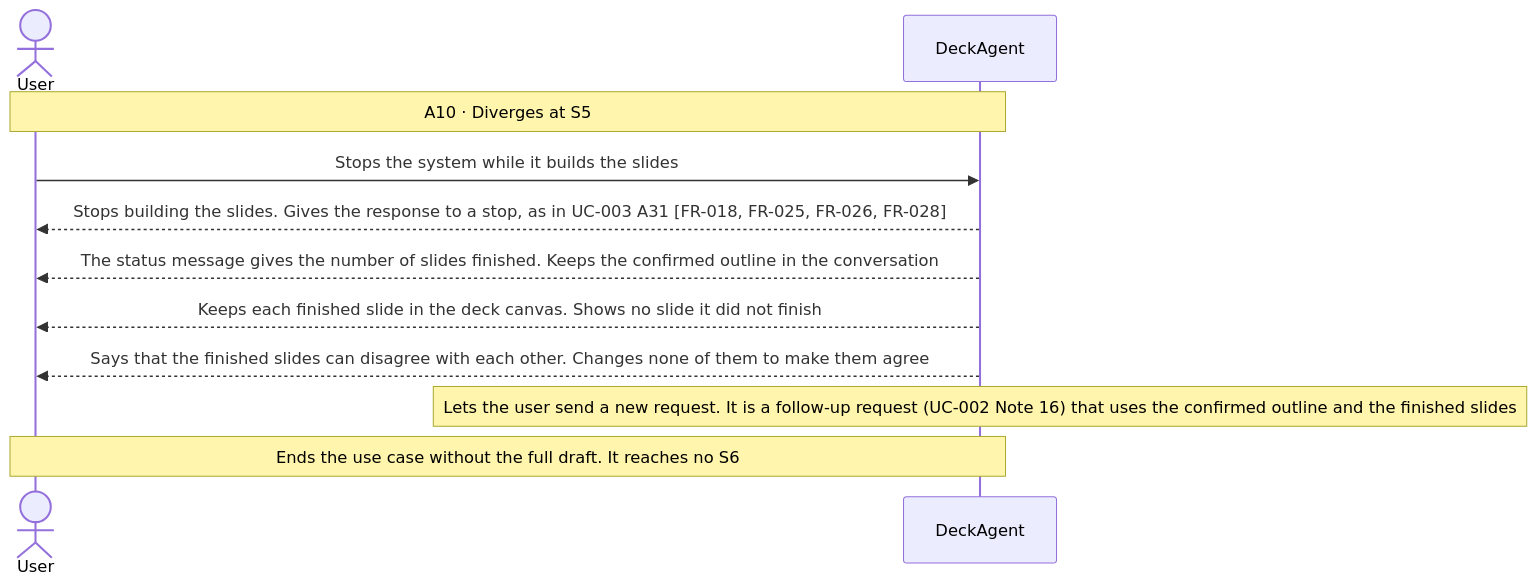
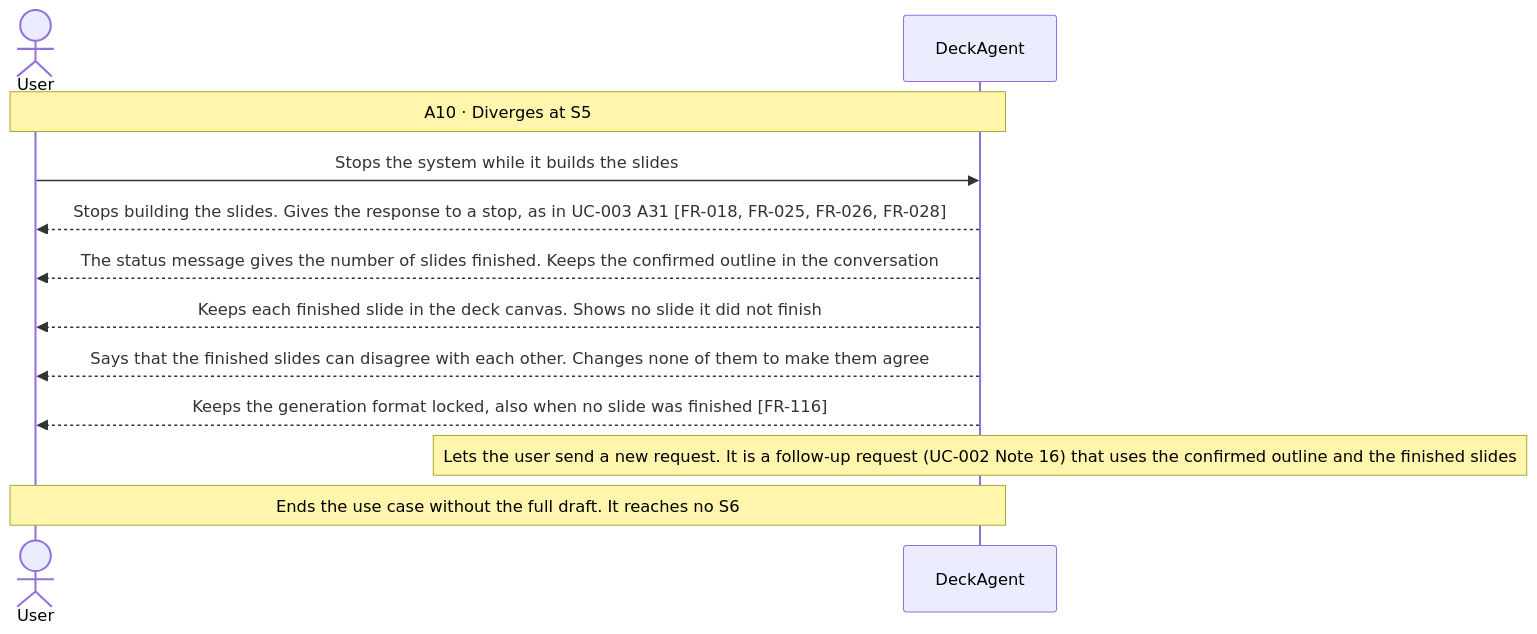
One commit to Luke23127006/DeckAgent changed the fourth of 32 diagrams in docs/spec/03-use-cases/UC-001.md. Above: the diagram before and after it, drawn with Mermaid. The commit also changed other lines of this file and 25 other files, not shown here.

First line of the commit message:
docs(spec): add generation format confirmation and deck export rules

````diff
--- a/docs/spec/03-use-cases/UC-001.md
+++ b/docs/spec/03-use-cases/UC-001.md
@@ -118,13 +129,14 @@
 ```mermaid
 sequenceDiagram
     actor User
     participant DeckAgent
     Note over User,DeckAgent: A10 · Diverges at S5
     User->>DeckAgent: Stops the system while it builds the slides
     DeckAgent-->>User: Stops building the slides. Gives the response to a stop, as in UC-003 A31 [FR-018, FR-025, FR-026, FR-028]
     DeckAgent-->>User: The status message gives the number of slides finished. Keeps the confirmed outline in the conversation
     DeckAgent-->>User: Keeps each finished slide in the deck canvas. Shows no slide it did not finish
     DeckAgent-->>User: Says that the finished slides can disagree with each other. Changes none of them to make them agree
+    DeckAgent-->>User: Keeps the generation format locked, also when no slide was finished [FR-116]
     note over DeckAgent: Lets the user send a new request. It is a follow-up request (UC-002 Note 16) that uses the confirmed outline and the finished slides
     Note over User,DeckAgent: Ends the use case without the full draft. It reaches no S6
 ```
````
